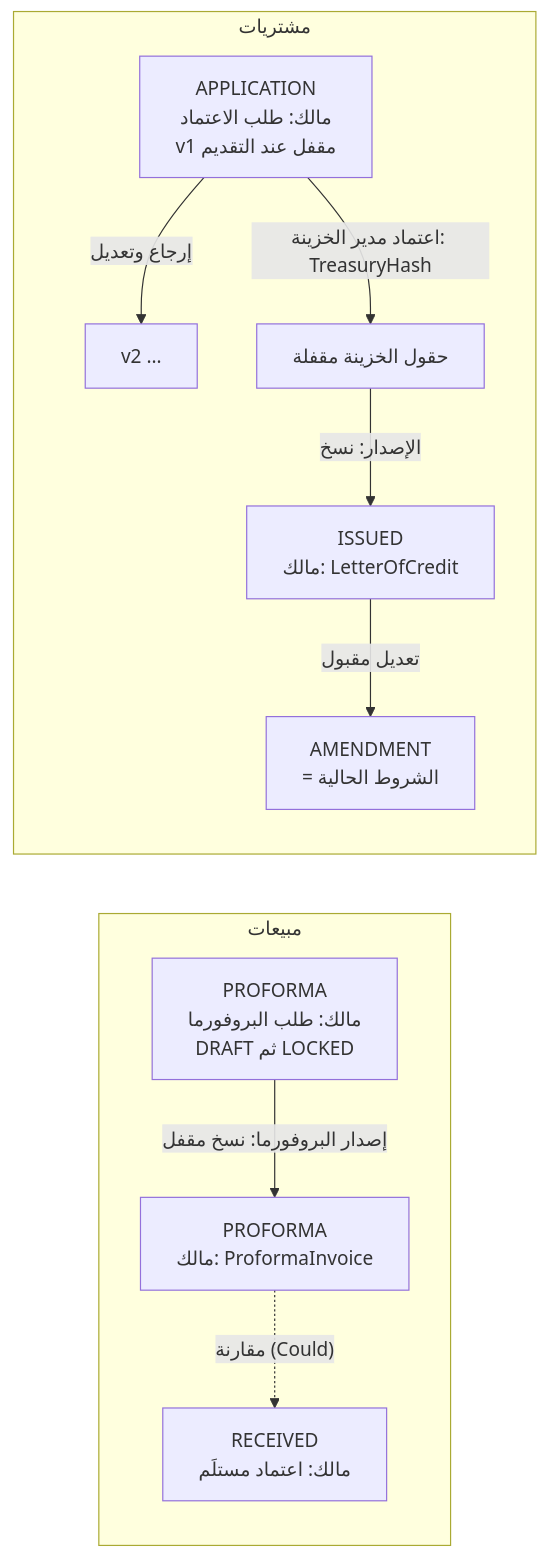
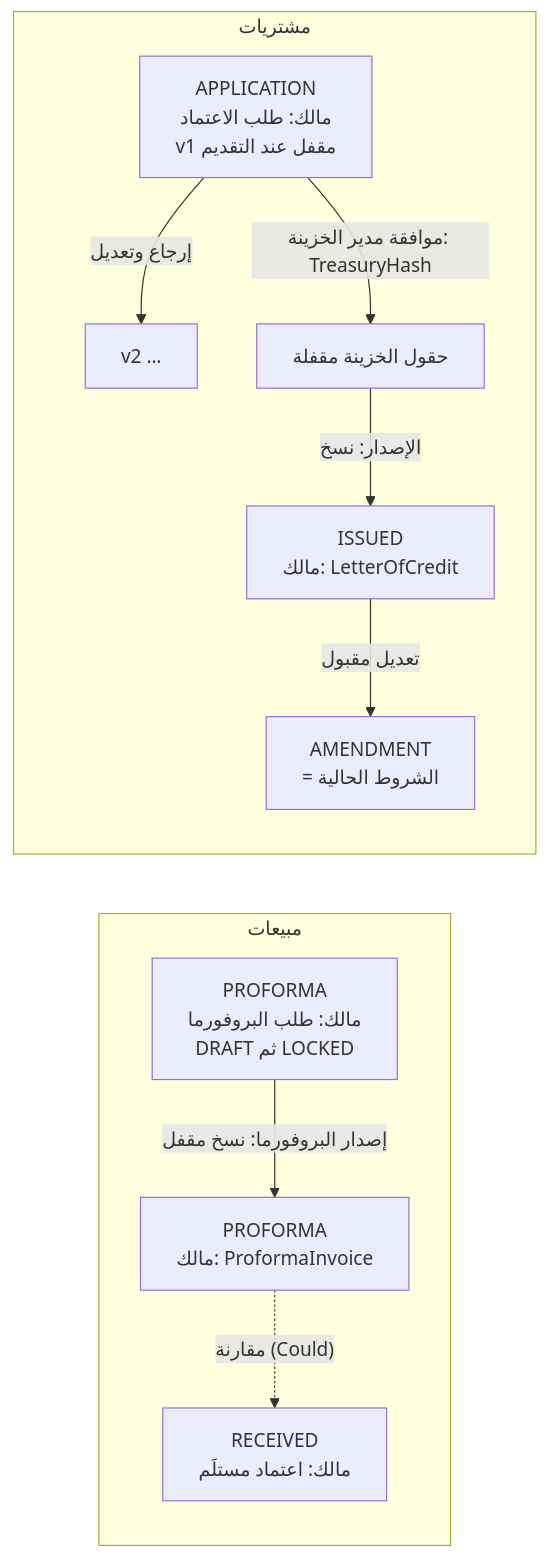
Before and after one commit to thawrasy/smartlines: the first of 3 diagrams in treasury-platform/docs/10-detailed-analysis/14-m7-m8-letters-of-credit.md, drawn with Mermaid. The commit also changed other lines of this file and 7 other files, not shown here.

````diff
--- a/treasury-platform/docs/10-detailed-analysis/14-m7-m8-letters-of-credit.md
+++ b/treasury-platform/docs/10-detailed-analysis/14-m7-m8-letters-of-credit.md
@@ -471,13 +476,13 @@
 ```mermaid
 flowchart LR
   subgraph PF["مبيعات"]
     A1["PROFORMA<br/>مالك: طلب البروفورما<br/>DRAFT ثم LOCKED"] -->|"إصدار البروفورما: نسخ مقفل"| A2["PROFORMA<br/>مالك: ProformaInvoice"]
     A2 -.->|"مقارنة (Could)"| A3["RECEIVED<br/>مالك: اعتماد مستلَم"]
   end
   subgraph PU["مشتريات"]
     B1["APPLICATION<br/>مالك: طلب الاعتماد<br/>v1 مقفل عند التقديم"] -->|"إرجاع وتعديل"| B2["v2 …"]
-    B1 -->|"اعتماد مدير الخزينة: TreasuryHash"| B3["حقول الخزينة مقفلة"]
+    B1 -->|"موافقة مدير الخزينة: TreasuryHash"| B3["حقول الخزينة مقفلة"]
     B3 -->|"الإصدار: نسخ"| B4["ISSUED<br/>مالك: LetterOfCredit"]
     B4 -->|"تعديل مقبول"| B5["AMENDMENT<br/>= الشروط الحالية"]
   end
 ```
````
